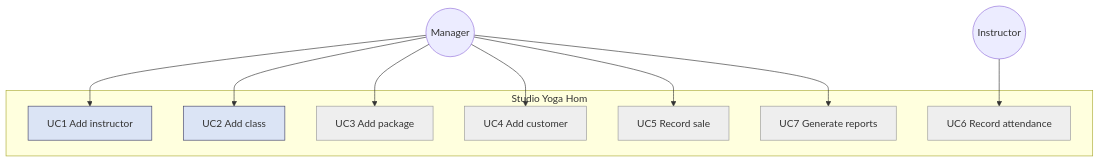
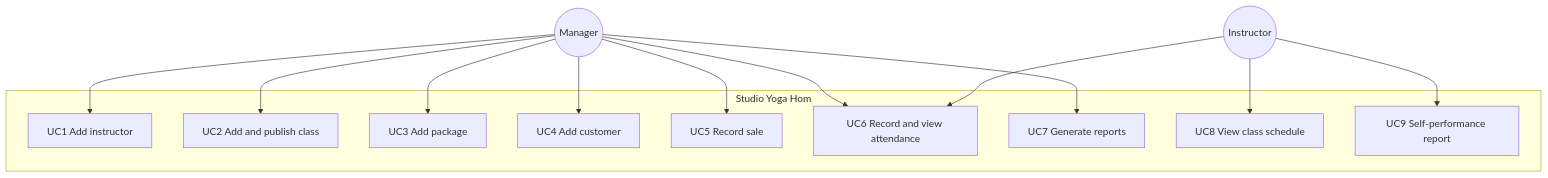
One commit to lindseychoi/yoga-hom-project-lchoi changed the second of 6 diagrams in docs/PROJECT_REPORT.md. Above: the diagram before and after it, drawn with Mermaid. The commit also changed other lines of this file, not shown here.

Commit message:
updated to draft of project 2 report, still working on this though

````diff
--- a/docs/PROJECT_REPORT.md
+++ b/docs/PROJECT_REPORT.md
@@ -129,25 +177,26 @@
 ```mermaid
 graph TB
     Manager(("Manager"))
     Instructor(("Instructor"))
     subgraph App["Studio Yoga Hom"]
         UC1["UC1 Add instructor"]
-        UC2["UC2 Add class"]
+        UC2["UC2 Add and publish class"]
         UC3["UC3 Add package"]
         UC4["UC4 Add customer"]
         UC5["UC5 Record sale"]
-        UC6["UC6 Record attendance"]
+        UC6["UC6 Record and view attendance"]
         UC7["UC7 Generate reports"]
+        UC8["UC8 View class schedule"]
+        UC9["UC9 Self-performance report"]
     end
     Manager --> UC1
     Manager --> UC2
     Manager --> UC3
     Manager --> UC4
     Manager --> UC5
+    Manager --> UC6
     Manager --> UC7
     Instructor --> UC6
-    classDef done fill:#dbe4f5,stroke:#404067
-    classDef planned fill:#eeeeee,stroke:#999999
-    class UC1,UC2 done
-    class UC3,UC4,UC5,UC6,UC7 planned
+    Instructor --> UC8
+    Instructor --> UC9
 ```
````
